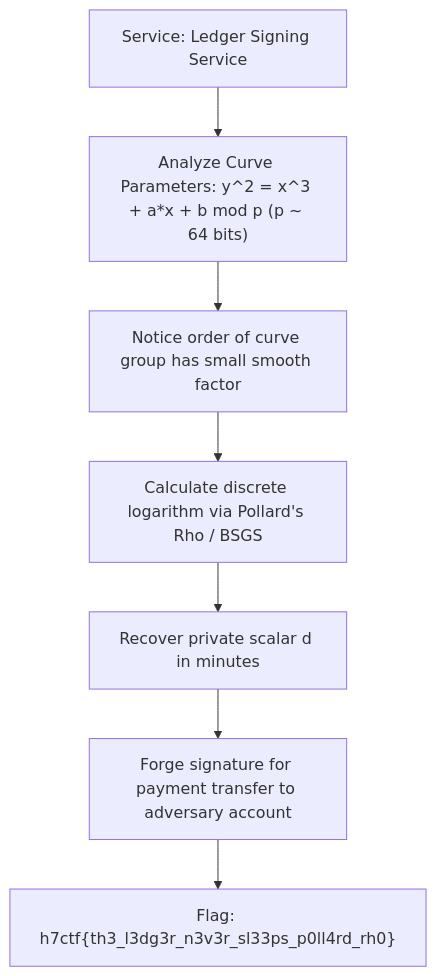
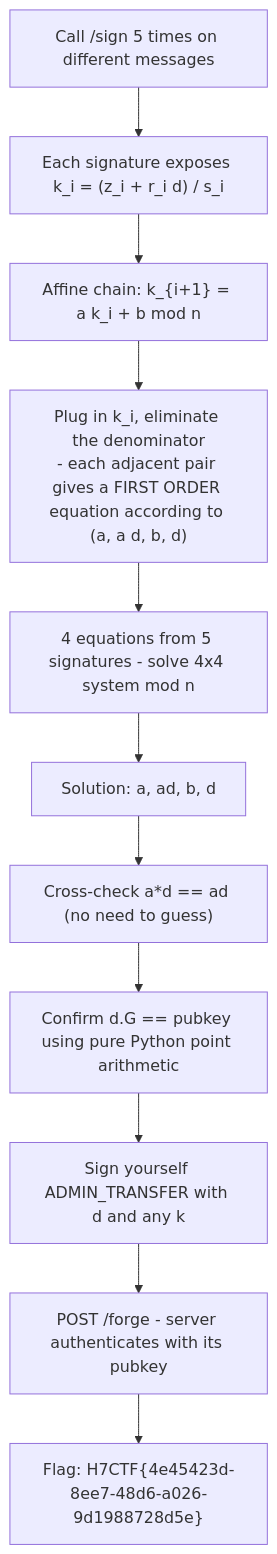
The second of 2 diagrams in _posts/2026-09-27-the-ledger-never-sleeps.md (Lizamort1/ctf-writeups), drawn with Mermaid before and after one commit. The commit also changed other lines of this file and 42 other files, not shown here.

Commit message:
fix: synchronize bilingual writeups and redraw diagrams

````diff
--- a/_posts/2026-09-27-the-ledger-never-sleeps.md
+++ b/_posts/2026-09-27-the-ledger-never-sleeps.md
@@ -110,9 +117,13 @@
 ```mermaid
 flowchart TD
-    A["Service: Ledger Signing Service"] --> B["Analyze Curve Parameters: y^2 = x^3 + a*x + b mod p (p ~ 64 bits)"]
-    B --> C["Notice order of curve group has small smooth factor"]
-    C --> D["Calculate discrete logarithm via Pollard's Rho / BSGS"]
-    D --> E["Recover private scalar d in minutes"]
-    E --> F["Forge signature for payment transfer to adversary account"]
-    F --> G["Flag: h7ctf{th3_l3dg3r_n3v3r_sl33ps_p0ll4rd_rh0}"]
+    A["Call /sign 5 times on different messages"] --> B["Each signature exposes k_i = (z_i + r_i d) / s_i"]
+    B --> C["Affine chain: k_{i+1} = a k_i + b mod n"]
+    C --> D["Plug in k_i, eliminate the denominator<br/>- each adjacent pair gives a FIRST ORDER equation according to (a, a d, b, d)"]
+    D --> E["4 equations from 5 signatures - solve 4x4 system mod n"]
+    E --> F["Solution: a, ad, b, d"]
+    F --> G["Cross-check a*d == ad (no need to guess)"]
+    G --> H["Confirm d.G == pubkey using pure Python point arithmetic"]
+    H --> I["Sign yourself ADMIN_TRANSFER with d and any k"]
+    I --> J["POST /forge - server authenticates with its pubkey"]
+    J --> K["Flag: H7CTF{4e45423d-8ee7-48d6-a026-9d1988728d5e}"]
 ```
````
